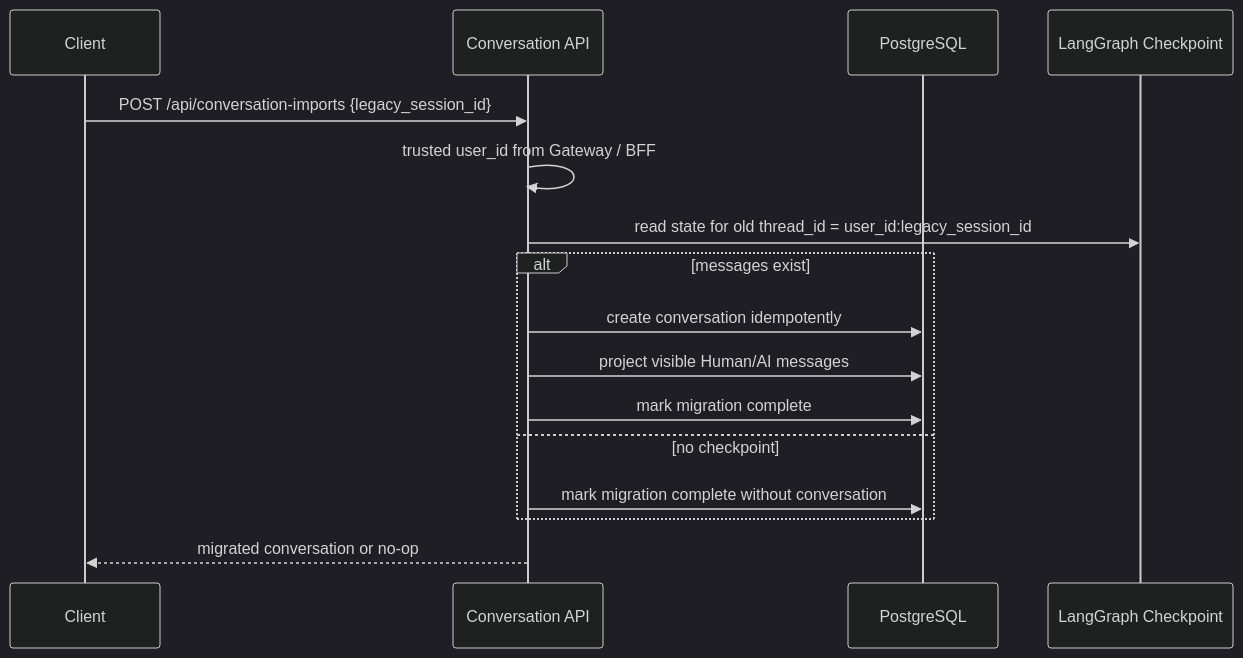
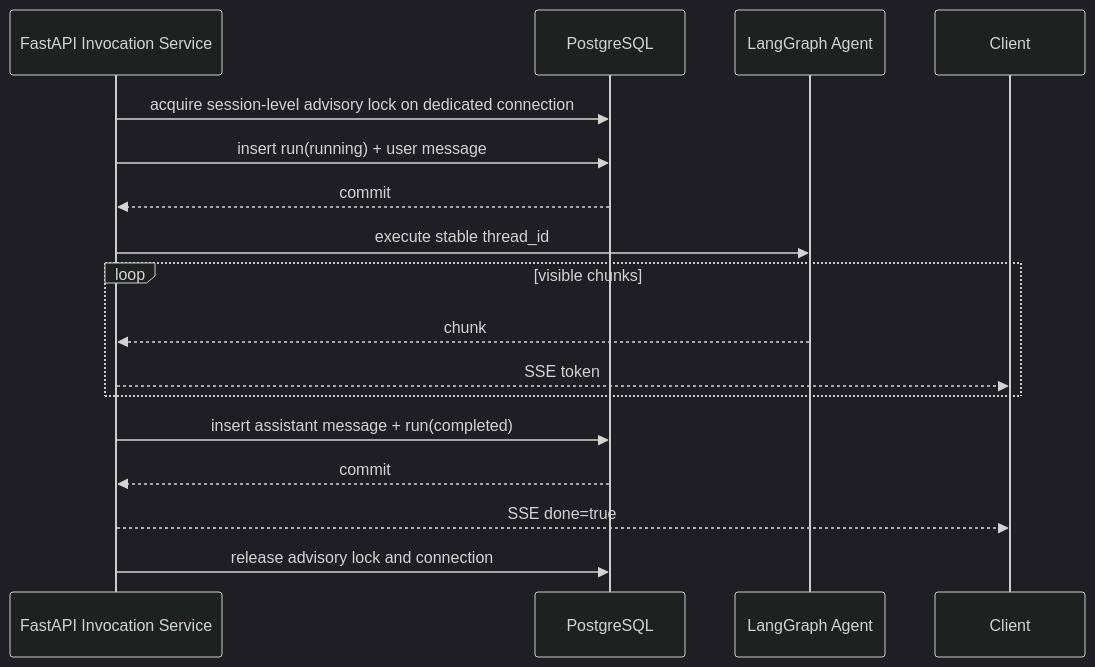
The fourth of 4 diagrams in personal-assistant-meta/issues/features/feature-14-multi-session-runtime-prewarm/plan.md (T-1009/personal-assistant), drawn with Mermaid (dark theme) before and after one commit. The commit also changed other lines of this file and 3 other files, not shown here.

````diff
--- a/personal-assistant-meta/issues/features/feature-14-multi-session-runtime-prewarm/plan.md
+++ b/personal-assistant-meta/issues/features/feature-14-multi-session-runtime-prewarm/plan.md
@@ -405,19 +499,20 @@
 ```mermaid
 sequenceDiagram
+    participant API as FastAPI Invocation Service
+    participant DB as PostgreSQL
+    participant Agent as LangGraph Agent
     participant UI as Client
-    participant API as Conversation API
-    participant DB as PostgreSQL
-    participant CP as LangGraph Checkpoint
 
-    UI->>API: POST /api/conversation-imports {legacy_session_id}
-    API->>API: trusted user_id from Gateway / BFF
-    API->>CP: read state for old thread_id = user_id:legacy_session_id
-    alt messages exist
-        API->>DB: create conversation idempotently
-        API->>DB: project visible Human/AI messages
-        API->>DB: mark migration complete
-    else no checkpoint
-        API->>DB: mark migration complete without conversation
+    API->>DB: acquire session-level advisory lock on dedicated connection
+    API->>DB: insert run(running) + user message
+    DB-->>API: commit
+    API->>Agent: execute stable thread_id
+    loop visible chunks
+        Agent-->>API: chunk
+        API-->>UI: SSE token
     end
-    API-->>UI: migrated conversation or no-op
+    API->>DB: insert assistant message + run(completed)
+    DB-->>API: commit
+    API-->>UI: SSE done=true
+    API->>DB: release advisory lock and connection
 ```
````
